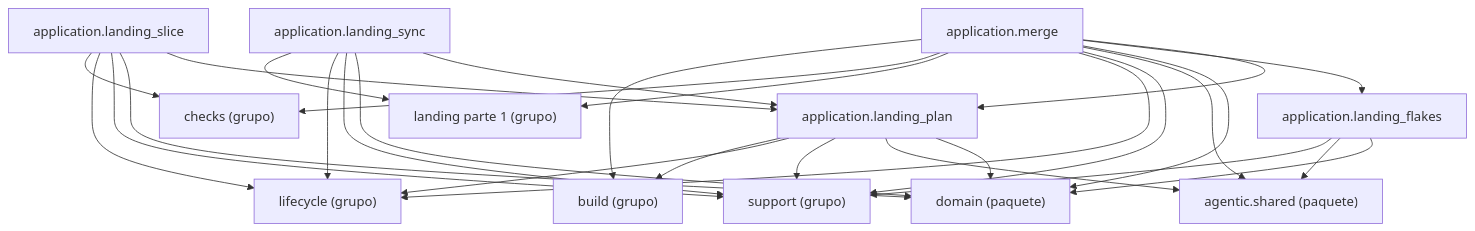
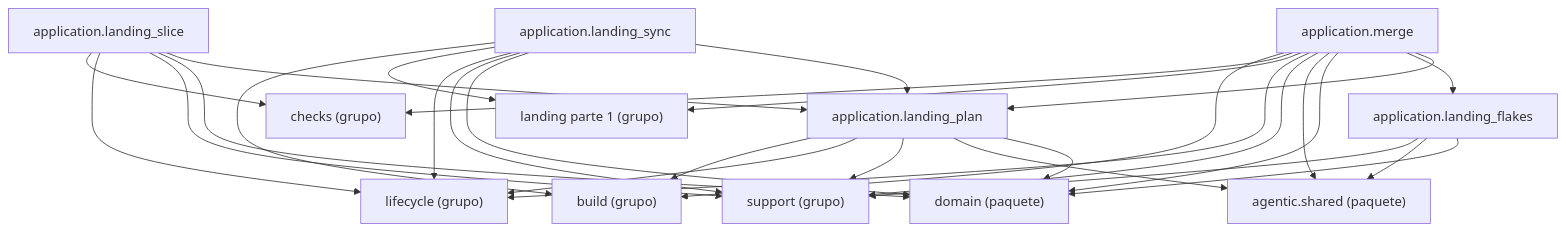
The diagram in docs/architecture/generated/packages-process-application-landing-2.md (GonzaloZevallos/agentic-system), drawn with Mermaid before and after one commit. The commit also changed 6 other files, not shown here.

````diff
--- a/docs/architecture/generated/packages-process-application-landing-2.md
+++ b/docs/architecture/generated/packages-process-application-landing-2.md
@@ -16,42 +16,43 @@
 ```mermaid
 graph TD
     g_application__build["build (grupo)"]
     g_application__checks["checks (grupo)"]
     g_application__landing__1["landing parte 1 (grupo)"]
     g_application__lifecycle["lifecycle (grupo)"]
     g_application__support["support (grupo)"]
     g_pkg__agentic__shared["agentic.shared (paquete)"]
     g_pkg__domain["domain (paquete)"]
     m_application__landing_flakes["application.landing_flakes"]
     m_application__landing_plan["application.landing_plan"]
     m_application__landing_slice["application.landing_slice"]
     m_application__landing_sync["application.landing_sync"]
     m_application__merge["application.merge"]
     m_application__landing_flakes --> g_application__support
     m_application__landing_flakes --> g_pkg__agentic__shared
     m_application__landing_flakes --> g_pkg__domain
     m_application__landing_plan --> g_application__build
     m_application__landing_plan --> g_application__lifecycle
     m_application__landing_plan --> g_application__support
     m_application__landing_plan --> g_pkg__agentic__shared
     m_application__landing_plan --> g_pkg__domain
     m_application__landing_slice --> g_application__checks
     m_application__landing_slice --> g_application__lifecycle
     m_application__landing_slice --> g_application__support
     m_application__landing_slice --> g_pkg__domain
     m_application__landing_slice --> m_application__landing_plan
+    m_application__landing_sync --> g_application__build
     m_application__landing_sync --> g_application__landing__1
     m_application__landing_sync --> g_application__lifecycle
     m_application__landing_sync --> g_application__support
     m_application__landing_sync --> g_pkg__domain
     m_application__landing_sync --> m_application__landing_plan
     m_application__merge --> g_application__build
     m_application__merge --> g_application__checks
     m_application__merge --> g_application__landing__1
     m_application__merge --> g_application__lifecycle
     m_application__merge --> g_application__support
     m_application__merge --> g_pkg__agentic__shared
     m_application__merge --> g_pkg__domain
     m_application__merge --> m_application__landing_flakes
     m_application__merge --> m_application__landing_plan
 ```
````
